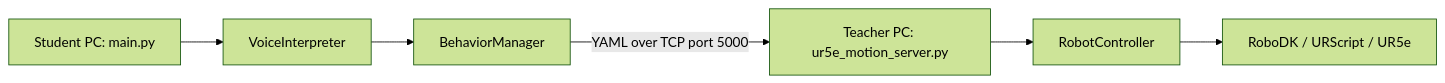
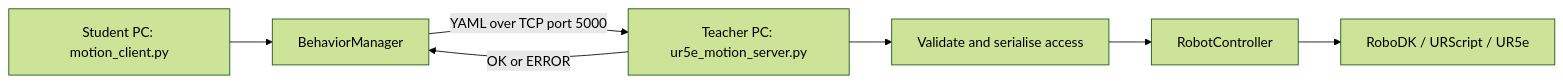
One commit to manelpuig/UR5e_social_robotics changed the first of 2 diagrams in Documentation/3_Python_Sockets_Architecture.md. Above: the diagram before and after it, drawn with Mermaid (forest theme). The commit also changed other lines of this file and 23 other files, not shown here.

````diff
--- a/Documentation/3_Python_Sockets_Architecture.md
+++ b/Documentation/3_Python_Sockets_Architecture.md
@@ -7,8 +19,9 @@
 ```mermaid
 flowchart LR
-    A["Student PC: main.py"] --> B["VoiceInterpreter"]
-    B --> C["BehaviorManager"]
-    C -- "YAML over TCP port 5000" --> D["Teacher PC: ur5e_motion_server.py"]
+    A["Student PC: motion_client.py"] --> B["BehaviorManager"]
+    B -- "YAML over TCP port 5000" --> C["Teacher PC: ur5e_motion_server.py"]
+    C --> D["Validate and serialise access"]
     D --> E["RobotController"]
     E --> F["RoboDK / URScript / UR5e"]
+    C -- "OK or ERROR" --> B
 ```
````
